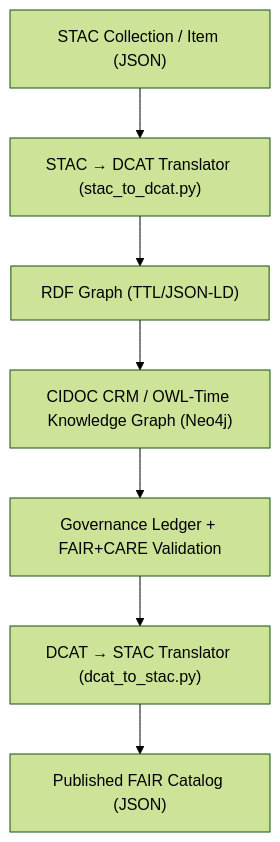
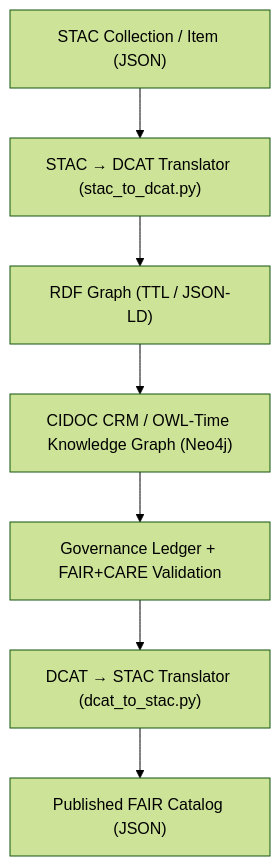
The diagram in src/pipelines/metadata_bridge/README.md (bartytime4life/Kansas-Frontier-Matrix), drawn with Mermaid (forest theme) before and after one commit. The commit also changed other lines of this file, not shown here.

````diff
--- a/src/pipelines/metadata_bridge/README.md
+++ b/src/pipelines/metadata_bridge/README.md
@@ -198,9 +196,9 @@
 ```mermaid
 flowchart TD
-A["STAC Collection / Item (JSON)"] --> B["STAC → DCAT Translator (stac_to_dcat.py)"]
-B --> C["RDF Graph (TTL/JSON-LD)"]
-C --> D["CIDOC CRM / OWL-Time Knowledge Graph (Neo4j)"]
-D --> E["Governance Ledger + FAIR+CARE Validation"]
-E --> F["DCAT → STAC Translator (dcat_to_stac.py)"]
-F --> G["Published FAIR Catalog (JSON)"]
+  A["STAC Collection / Item (JSON)"] --> B["STAC → DCAT Translator (stac_to_dcat.py)"]
+  B --> C["RDF Graph (TTL / JSON-LD)"]
+  C --> D["CIDOC CRM / OWL-Time Knowledge Graph (Neo4j)"]
+  D --> E["Governance Ledger + FAIR+CARE Validation"]
+  E --> F["DCAT → STAC Translator (dcat_to_stac.py)"]
+  F --> G["Published FAIR Catalog (JSON)"]
 ```
````
